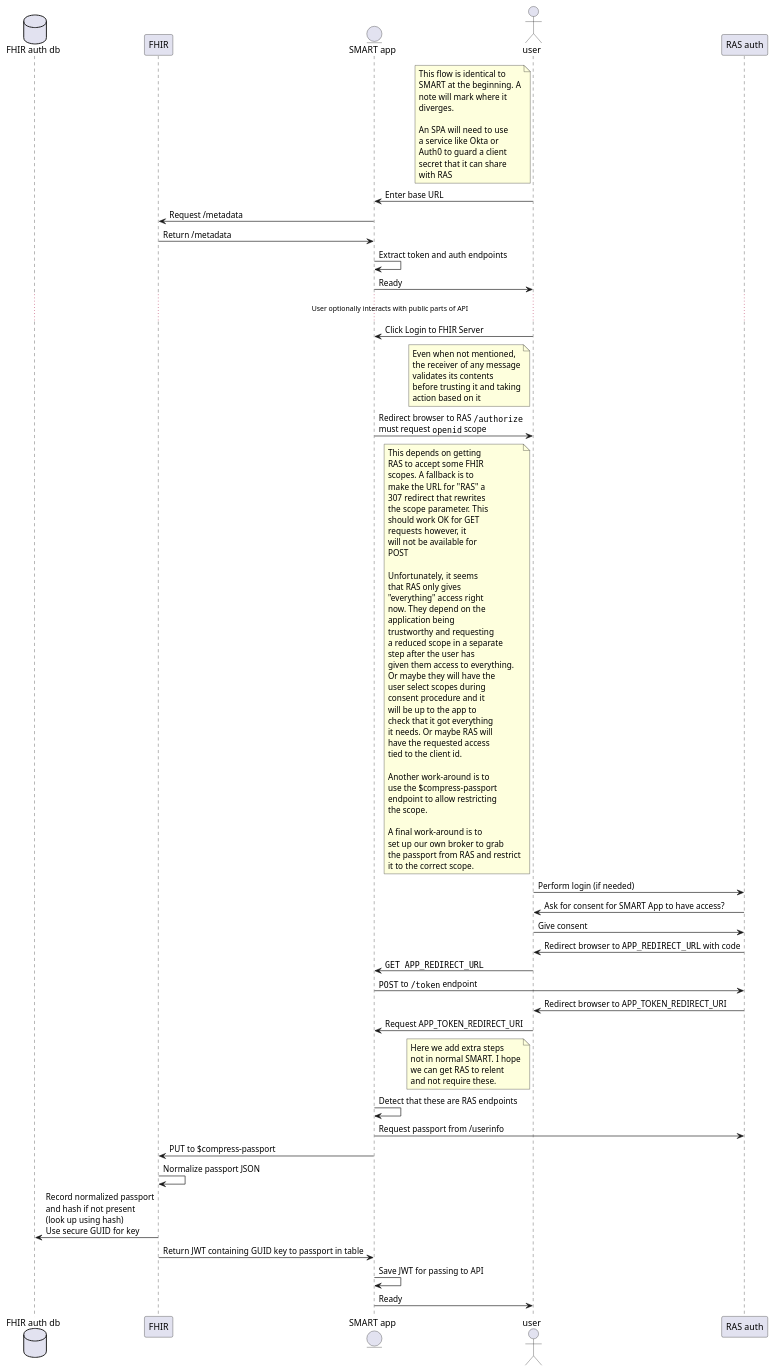
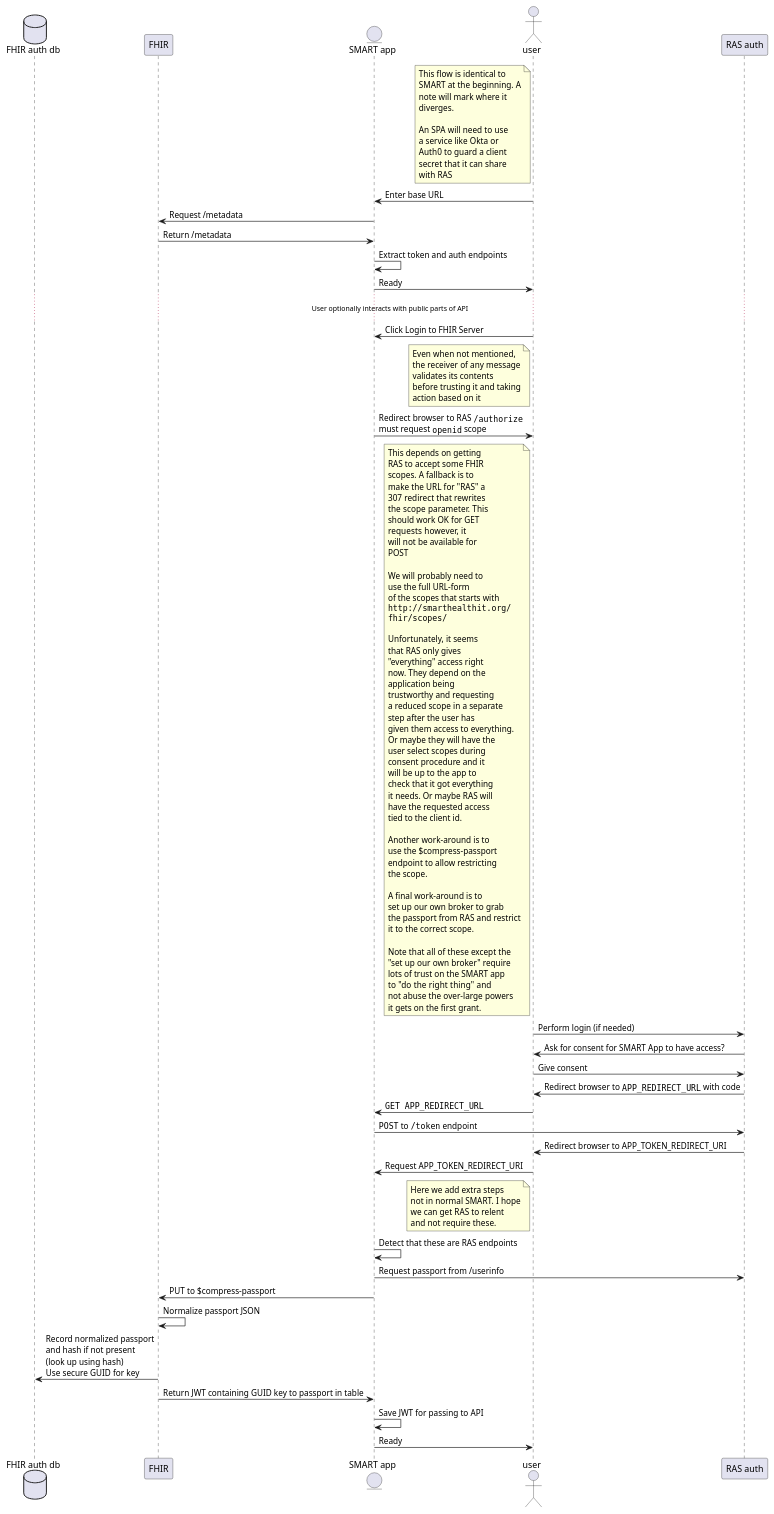
The diagram in uml/authentication_flow.plantuml (RadixSeven/RAS-FHIR-Flow), drawn with PlantUML before and after one commit.

Commit message:
More about scope work-arounds FHIR-97

```diff
--- a/uml/authentication_flow.plantuml
+++ b/uml/authentication_flow.plantuml
@@ -1,103 +1,116 @@
 @startuml "authentication_flow"
 database "FHIR auth db" as FhirDb
 participant "FHIR" as Fhir
 entity "SMART app" as App
 actor user as User
 participant "RAS auth" as Ras
 
 note left of User
 This flow is identical to
 SMART at the beginning. A
 note will mark where it
 diverges.
 
 An SPA will need to use
 a service like Okta or
 Auth0 to guard a client
 secret that it can share
 with RAS
 end note
 
 User -> App : Enter base URL
 App -> Fhir : Request /metadata
 Fhir -> App : Return /metadata
 App -> App : Extract token and auth endpoints
 App -> User : Ready
 ... User optionally interacts with public parts of API ...
 User -> App : Click Login to FHIR Server
 
 note left of User
 Even when not mentioned,
 the receiver of any message
 validates its contents
 before trusting it and taking
 action based on it
 end note
 
 App -> User : Redirect browser to RAS ""/authorize""\nmust request ""openid"" scope
 note left of User
 This depends on getting
 RAS to accept some FHIR
 scopes. A fallback is to
 make the URL for "RAS" a
 307 redirect that rewrites
 the scope parameter. This
 should work OK for GET
 requests however, it
 will not be available for
 POST
 
+We will probably need to
+use the full URL-form
+of the scopes that starts with
+""http://smarthealthit.org/""
+""fhir/scopes/""
+
 Unfortunately, it seems
 that RAS only gives
 "everything" access right
 now. They depend on the
 application being
 trustworthy and requesting
 a reduced scope in a separate
 step after the user has
 given them access to everything.
 Or maybe they will have the
 user select scopes during
 consent procedure and it
 will be up to the app to
 check that it got everything
 it needs. Or maybe RAS will
 have the requested access
 tied to the client id.
 
 Another work-around is to
 use the $compress-passport
 endpoint to allow restricting
 the scope.
 
 A final work-around is to
 set up our own broker to grab
 the passport from RAS and restrict
 it to the correct scope.
+
+Note that all of these except the
+"set up our own broker" require
+lots of trust on the SMART app
+to  "do the right thing" and
+not abuse the over-large powers
+it gets on the first grant.
 end note
 User -> Ras : Perform login (if needed)
 Ras -> User: Ask for consent for SMART App to have access?
 User -> Ras : Give consent
 Ras -> User : Redirect browser to ""APP_REDIRECT_URL"" with code
 User -> App : ""GET APP_REDIRECT_URL""
 App -> Ras : ""POST"" to ""/token"" endpoint
 Ras -> User : Redirect browser to APP_TOKEN_REDIRECT_URI
 User -> App: Request APP_TOKEN_REDIRECT_URI
 
 note left of User
 Here we add extra steps
 not in normal SMART. I hope
 we can get RAS to relent
 and not require these.
 end note
 
 App -> App : Detect that these are RAS endpoints
 App -> Ras : Request passport from /userinfo
 App -> Fhir : PUT to $compress-passport
 Fhir -> Fhir : Normalize passport JSON
 Fhir-> FhirDb: Record normalized passport\nand hash if not present\n(look up using hash)\nUse secure GUID for key
 Fhir-> App : Return JWT containing GUID key to passport in table
 App -> App: Save JWT for passing to API
 App -> User: Ready
 
 @enduml
```
